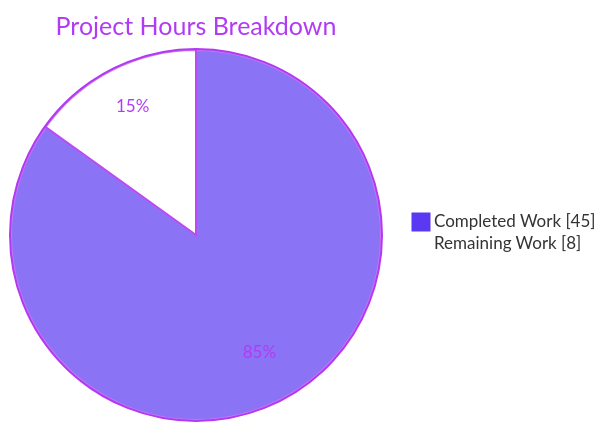
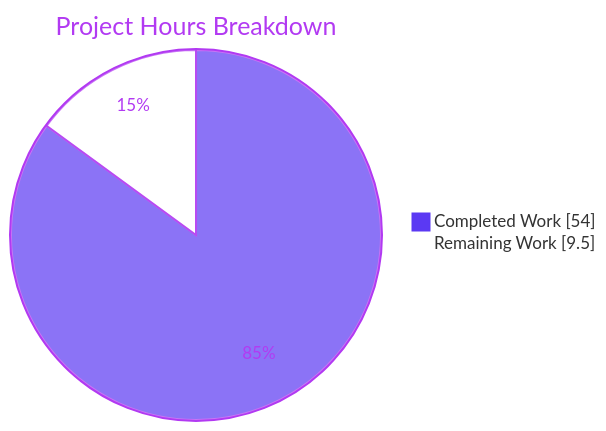
Before and after one commit to rjhonsi-blitzy/BlitzyRepo2_Java: the second of 3 diagrams in blitzy/documentation/Project Guide.md, drawn with Mermaid. The commit also changed other lines of this file, not shown here.

Commit message:
Adding Blitzy Project Guide: Project Status and Human Tasks Remaining

````diff
--- a/blitzy/documentation/Project Guide.md
+++ b/blitzy/documentation/Project Guide.md
@@ -342,6 +213,6 @@
 ```mermaid
 %%{init: {'theme': 'base', 'themeVariables': {'pie1': '#5B39F3', 'pie2': '#FFFFFF', 'pieStrokeColor': '#B23AF2', 'pieOuterStrokeColor': '#B23AF2', 'pieSectionTextColor': '#B23AF2', 'pieTitleTextColor': '#B23AF2'}}}%%
 pie showData title Project Hours Breakdown
-    "Completed Work" : 45
-    "Remaining Work" : 8
+    "Completed Work" : 54.0
+    "Remaining Work" : 9.5
 ```
````
